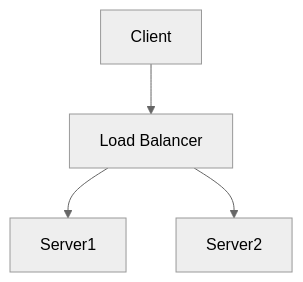
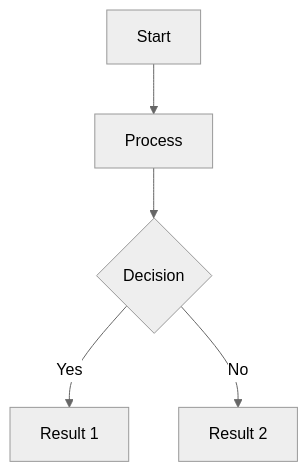
The diagram in readme.md (AASoftIR/markdown-course), drawn with Mermaid (neutral theme) before and after one commit. The commit also changed other lines of this file, not shown here.

````diff
--- a/readme.md
+++ b/readme.md
@@ -4,6 +1,8 @@
-    <pre class="mermaid">
-            graph TD
-            A[Client] --> B[Load Balancer]
-            B --> C[Server1]
-            B --> D[Server2]
-    </pre>
+```mermaid
+graph TD
+    A[Start] --> B[Process]
+    B --> C{Decision}
+    C -->|Yes| D[Result 1]
+    C -->|No| E[Result 2]
+
+```
````
